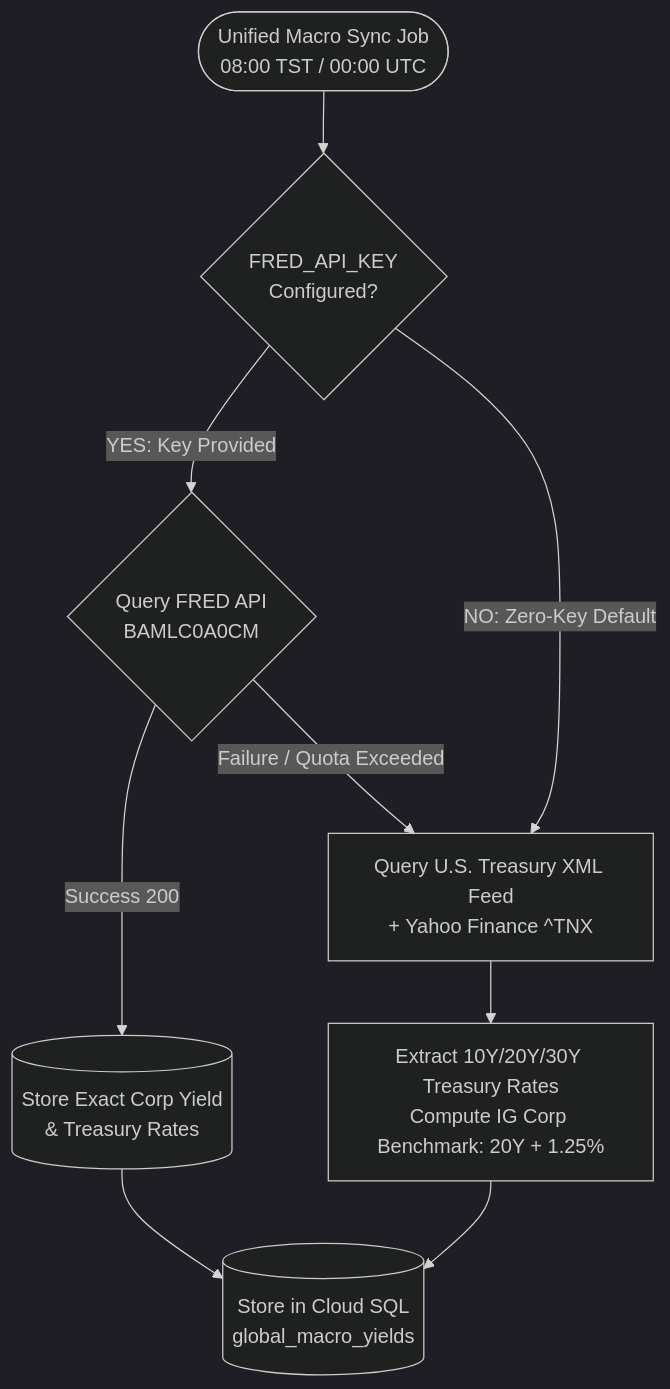
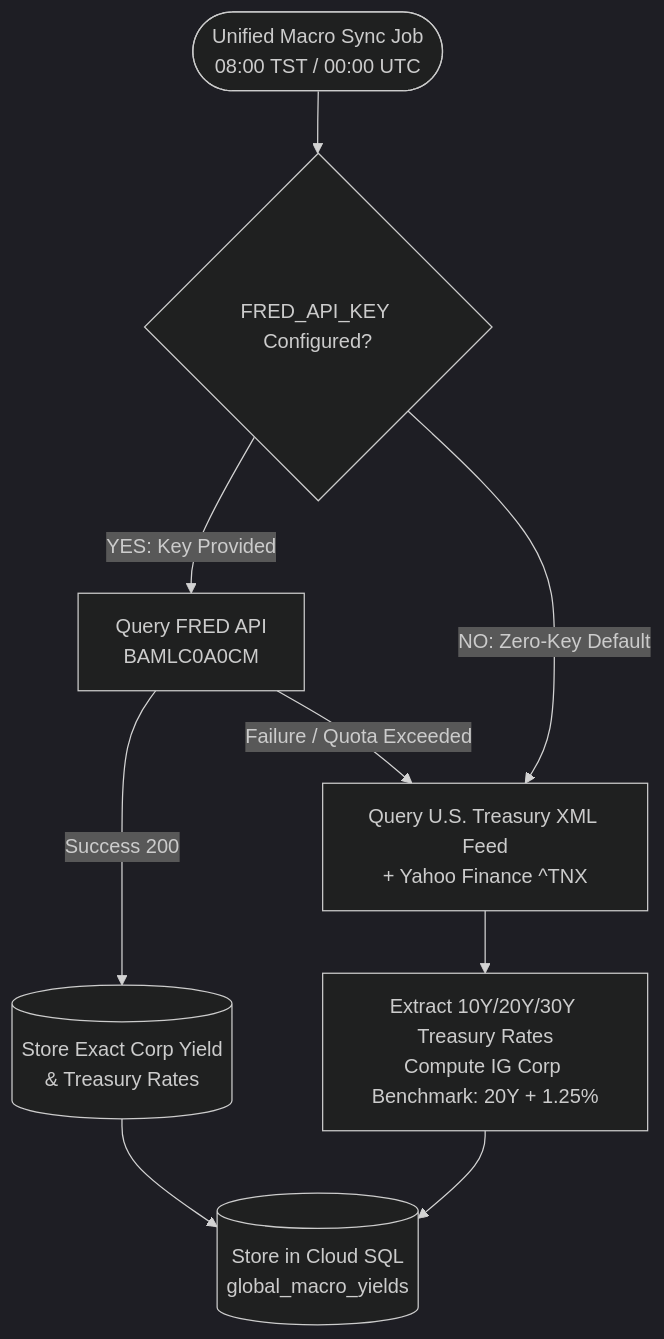
One commit to linuschien/etf-alpha-harvester changed the first of 2 diagrams in docs/01-requirements/external-specs/spec-fred-macro-yield.md. Above: the diagram before and after it, drawn with Mermaid (dark theme). The commit also changed 1 other file, not shown here.

Commit message:
feat: 更新 FRED 宏觀收益率規範圖，改善可讀性與格式一致性

````diff
--- a/docs/01-requirements/external-specs/spec-fred-macro-yield.md
+++ b/docs/01-requirements/external-specs/spec-fred-macro-yield.md
@@ -133,13 +133,13 @@
 ```mermaid
 flowchart TD
-    Trigger([Unified Macro Sync Job\n08:00 TST / 00:00 UTC]) --> CheckKey{FRED_API_KEY\nConfigured?}
+    Trigger(["Unified Macro Sync Job<br>08:00 TST / 00:00 UTC"]) --> CheckKey{"FRED_API_KEY Configured?"}
     
-    CheckKey -->|YES: Key Provided| TryFRED{Query FRED API\nBAMLC0A0CM}
-    TryFRED -->|Success 200| SaveFRED[(Store Exact Corp Yield\n& Treasury Rates)]
-    TryFRED -->|Failure / Quota Exceeded| FallbackUSTreasury
+    CheckKey -->|"YES: Key Provided"| TryFRED["Query FRED API<br>BAMLC0A0CM"]
+    TryFRED -->|"Success 200"| SaveFRED[("Store Exact Corp Yield<br>& Treasury Rates")]
+    TryFRED -->|"Failure / Quota Exceeded"| FallbackUSTreasury
     
-    CheckKey -->|NO: Zero-Key Default| FallbackUSTreasury[Query U.S. Treasury XML Feed\n+ Yahoo Finance ^TNX]
-    FallbackUSTreasury --> DeriveRates[Extract 10Y/20Y/30Y Treasury Rates\nCompute IG Corp Benchmark: 20Y + 1.25%]
-    DeriveRates --> SaveZeroKey[(Store in Cloud SQL\nglobal_macro_yields)]
+    CheckKey -->|"NO: Zero-Key Default"| FallbackUSTreasury["Query U.S. Treasury XML Feed<br>+ Yahoo Finance ^TNX"]
+    FallbackUSTreasury --> DeriveRates["Extract 10Y/20Y/30Y Treasury Rates<br>Compute IG Corp Benchmark: 20Y + 1.25%"]
+    DeriveRates --> SaveZeroKey[("Store in Cloud SQL<br>global_macro_yields")]
     SaveFRED --> SaveZeroKey
 ```
````
